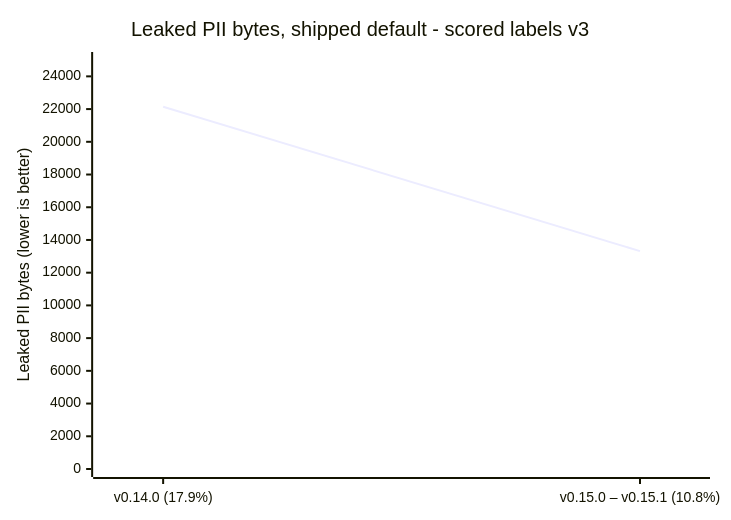
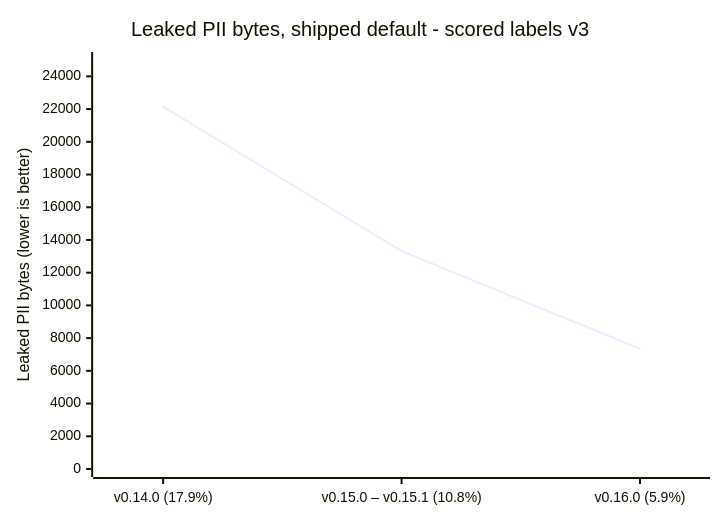
One commit to CertaMesh/gaze changed the second of 9 diagrams in docs/reference/benchmarks/README.md. Above: the diagram before and after it, drawn with Mermaid. The commit also changed other lines of this file and 7 other files, not shown here.

````diff
--- a/docs/reference/benchmarks/README.md
+++ b/docs/reference/benchmarks/README.md
@@ -466,7 +466,7 @@
 ```mermaid
 xychart-beta
     title "Leaked PII bytes, shipped default - scored labels v3"
-    x-axis ["v0.14.0 (17.9%)", "v0.15.0 – v0.15.1 (10.8%)"]
+    x-axis ["v0.14.0 (17.9%)", "v0.15.0 – v0.15.1 (10.8%)", "v0.16.0 (5.9%)"]
     y-axis "Leaked PII bytes (lower is better)" 0 --> 25000
-    line [22144, 13319]
+    line [22144, 13319, 7348]
 ```
````
